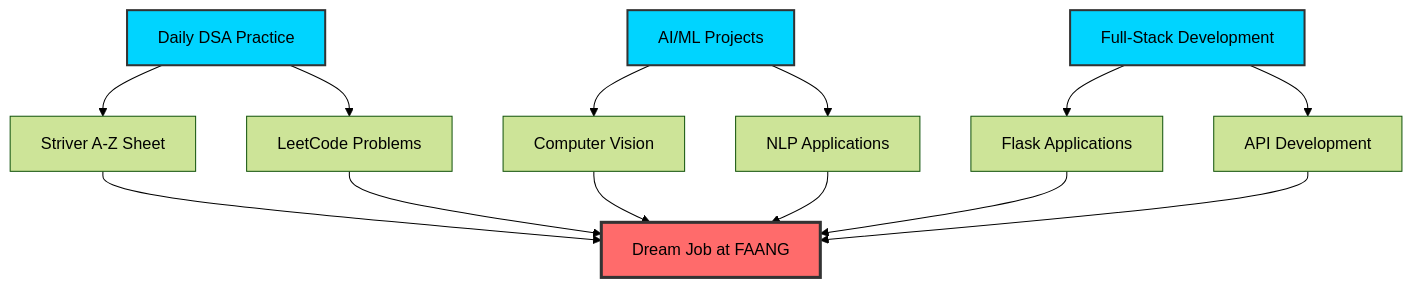
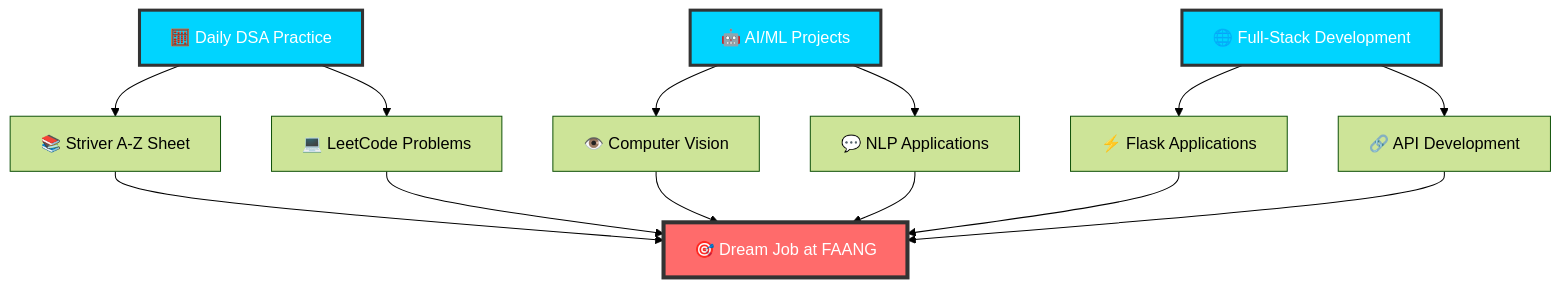
One commit to varun339658/varun339658 changed the diagram in README.md. Above: the diagram before and after it, drawn with Mermaid (forest theme). The commit also changed other lines of this file, not shown here.

````diff
--- a/README.md
+++ b/README.md
@@ -153,23 +236,23 @@
 ```mermaid
 graph TD
-    A[Daily DSA Practice] --> B[Striver A-Z Sheet]
-    A --> C[LeetCode Problems]
+    A[🧮 Daily DSA Practice] --> B[📚 Striver A-Z Sheet]
+    A --> C[💻 LeetCode Problems]
     
-    D[AI/ML Projects] --> E[Computer Vision]
-    D --> F[NLP Applications]
+    D[🤖 AI/ML Projects] --> E[👁️ Computer Vision]
+    D --> F[💬 NLP Applications]
     
-    G[Full-Stack Development] --> H[Flask Applications]
-    G --> I[API Development]
+    G[🌐 Full-Stack Development] --> H[⚡ Flask Applications]
+    G --> I[🔗 API Development]
     
-    B --> J[Dream Job at FAANG]
+    B --> J[🎯 Dream Job at FAANG]
     C --> J
     E --> J
     F --> J
     H --> J
     I --> J
     
-    style A fill:#00d4ff,stroke:#333,stroke-width:2px
-    style D fill:#00d4ff,stroke:#333,stroke-width:2px
-    style G fill:#00d4ff,stroke:#333,stroke-width:2px
-    style J fill:#ff6b6b,stroke:#333,stroke-width:3px
+    style A fill:#00d4ff,stroke:#333,stroke-width:3px,color:#fff
+    style D fill:#00d4ff,stroke:#333,stroke-width:3px,color:#fff
+    style G fill:#00d4ff,stroke:#333,stroke-width:3px,color:#fff
+    style J fill:#ff6b6b,stroke:#333,stroke-width:4px,color:#fff
 ```
````
